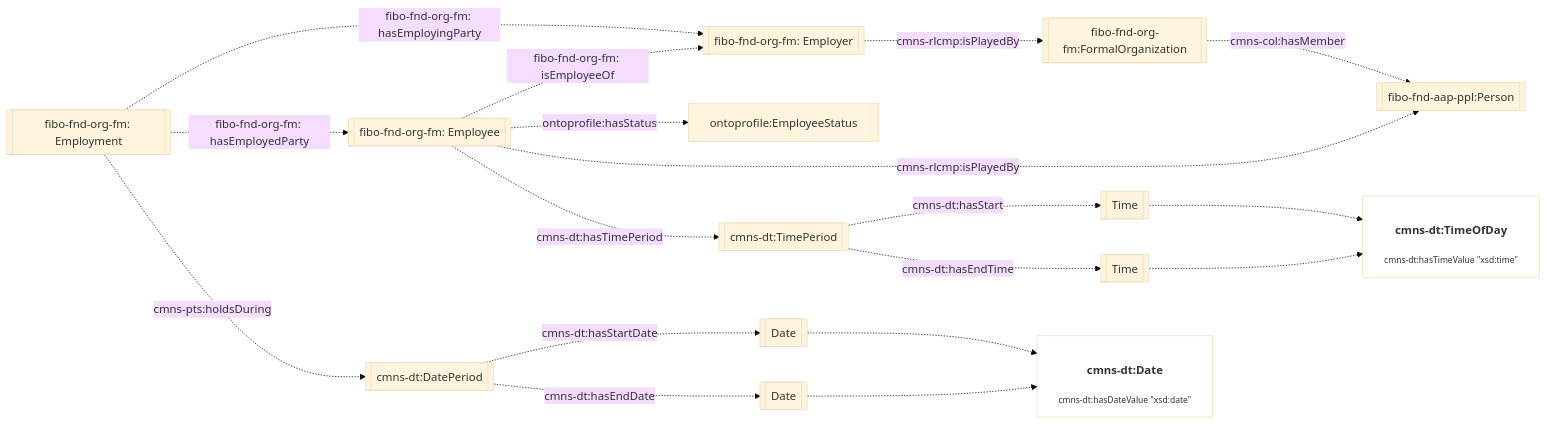
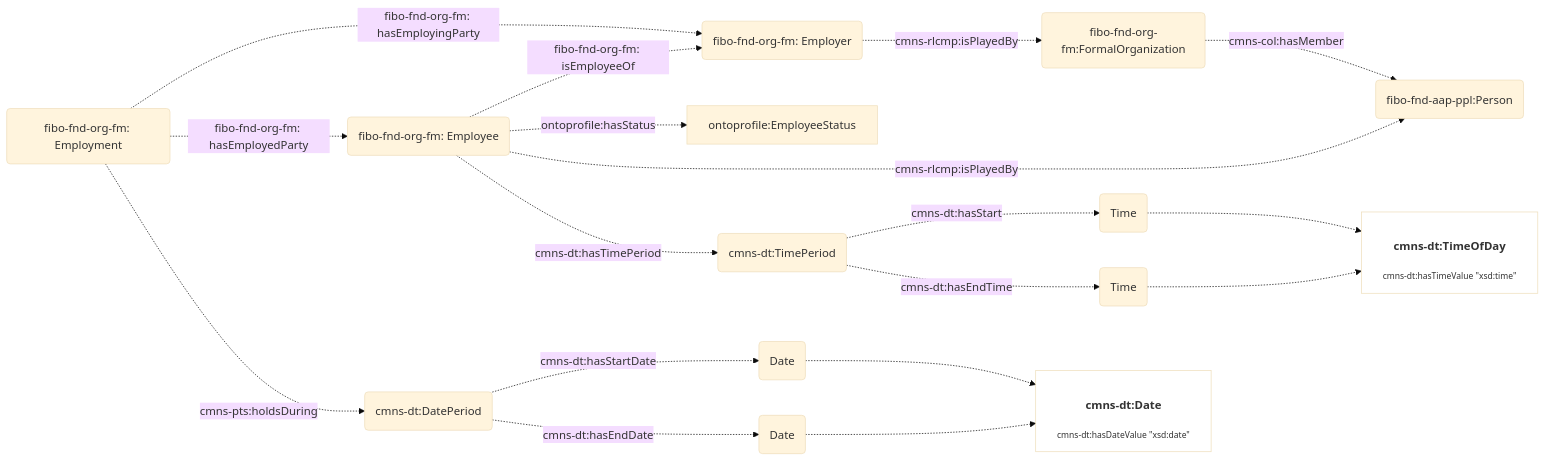
The fifth of 7 diagrams in JPS_Ontology/ontology/ontoprofile/README.MD (cambridge-cares/TheWorldAvatar), drawn with Mermaid (base theme) before and after one commit. The commit also changed other lines of this file, not shown here.

Commit message:
dev-service-execution-ontology-extension: modify flowchart shape

````diff
--- a/JPS_Ontology/ontology/ontoprofile/README.MD
+++ b/JPS_Ontology/ontology/ontoprofile/README.MD
@@ -153,26 +153,26 @@
 ```mermaid
 flowchart LR
     %% Styling
     classDef literal fill:none
 
     %% Contents
-    Employment[[fibo-fnd-org-fm: Employment]] -. fibo-fnd-org-fm: hasEmployingParty .-> Employer[[fibo-fnd-org-fm: Employer]]
-    Employment -. fibo-fnd-org-fm: hasEmployedParty .-> Employee[[fibo-fnd-org-fm: Employee]]
-    Employment -. cmns-pts:holdsDuring .-> DatePeriod[[cmns-dt:DatePeriod]]
-    DatePeriod -. cmns-dt:hasStartDate .-> StartDate[[Date]]
-    DatePeriod -. cmns-dt:hasEndDate .-> EndDate[[Date]]
+    Employment(fibo-fnd-org-fm: Employment) -. fibo-fnd-org-fm: hasEmployingParty .-> Employer(fibo-fnd-org-fm: Employer)
+    Employment -. fibo-fnd-org-fm: hasEmployedParty .-> Employee(fibo-fnd-org-fm: Employee)
+    Employment -. cmns-pts:holdsDuring .-> DatePeriod(cmns-dt:DatePeriod)
+    DatePeriod -. cmns-dt:hasStartDate .-> StartDate(Date)
+    DatePeriod -. cmns-dt:hasEndDate .-> EndDate(Date)
     StartDate -.-> Date["<h4>cmns-dt:Date</h4><p style='font-size:0.75rem;'>cmns-dt:hasDateValue &quot;xsd:date&quot;</p>"]:::literal
     EndDate -.-> Date
 
     Employee -. fibo-fnd-org-fm: isEmployeeOf .-> Employer
     Employee -. ontoprofile:hasStatus .-> ontoprofile:EmployeeStatus
-    Employer -. cmns-rlcmp:isPlayedBy .-> Org[[fibo-fnd-org-fm:FormalOrganization]]
-    Employee -. cmns-rlcmp:isPlayedBy .-> Person[[fibo-fnd-aap-ppl:Person]]
+    Employer -. cmns-rlcmp:isPlayedBy .-> Org(fibo-fnd-org-fm:FormalOrganization)
+    Employee -. cmns-rlcmp:isPlayedBy .-> Person(fibo-fnd-aap-ppl:Person)
     Org -. cmns-col:hasMember .-> Person
 
-    Employee -. cmns-dt:hasTimePeriod .-> TimePeriod[[cmns-dt:TimePeriod]]
-    TimePeriod -. cmns-dt:hasStart .-> StartTime[[Time]]
-    TimePeriod -. cmns-dt:hasEndTime .-> EndTime[[Time]]
+    Employee -. cmns-dt:hasTimePeriod .-> TimePeriod(cmns-dt:TimePeriod)
+    TimePeriod -. cmns-dt:hasStart .-> StartTime(Time)
+    TimePeriod -. cmns-dt:hasEndTime .-> EndTime(Time)
     StartTime -.-> Time["<h4>cmns-dt:TimeOfDay</h4><p style='font-size:0.75rem;'>cmns-dt:hasTimeValue &quot;xsd:time&quot;</p>"]:::literal
     EndTime -.-> Time
 ```
````
